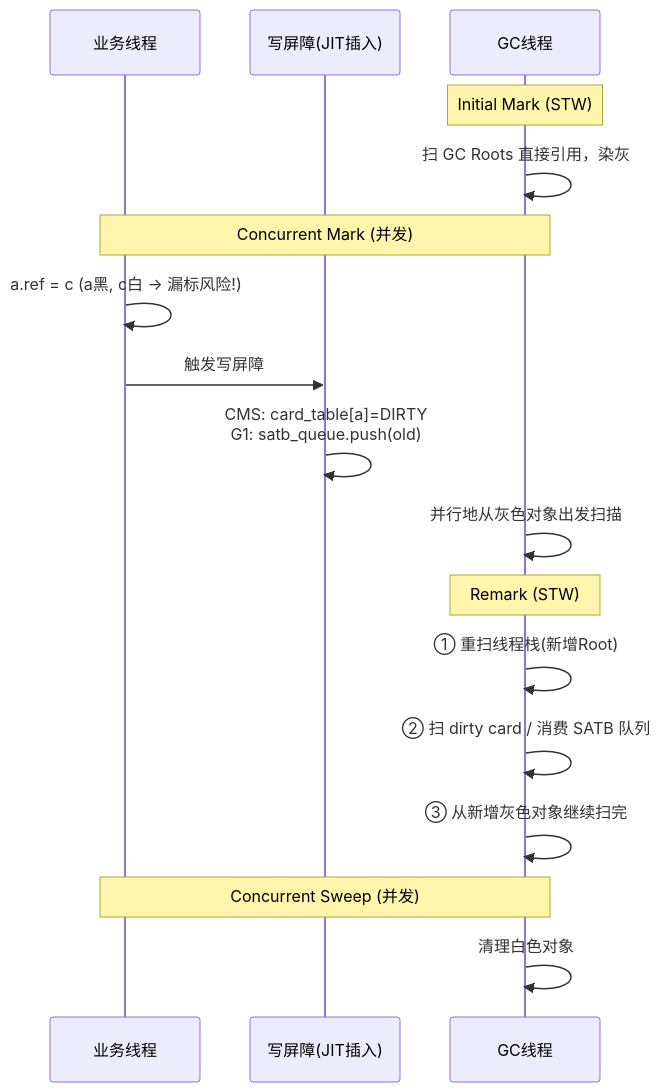
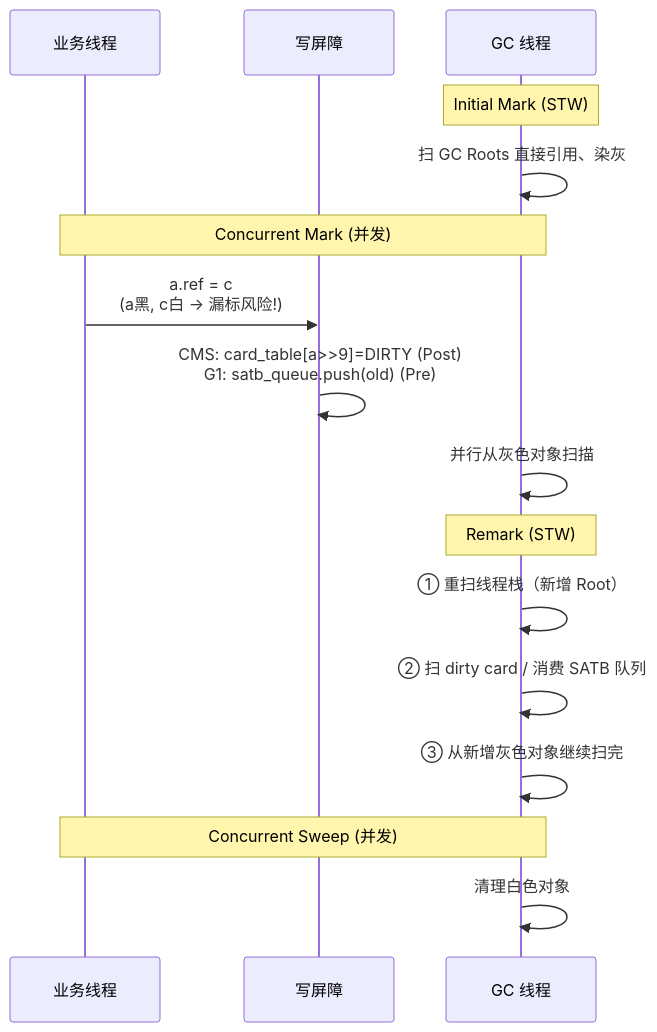
Before and after one commit to b1tzer/b1tzer.github.io: the second of 2 diagrams in docs/01-java-basic/18-GC核心机制与收集器演进.md, drawn with Mermaid. The commit also changed other lines of this file and 23 other files, not shown here.

````diff
--- a/docs/01-java-basic/18-GC核心机制与收集器演进.md
+++ b/docs/01-java-basic/18-GC核心机制与收集器演进.md
@@ -180,23 +301,22 @@
-    ```mermaid
-    sequenceDiagram
-        participant App as 业务线程
-        participant Barrier as 写屏障(JIT插入)
-        participant GC as GC线程
+```mermaid
+sequenceDiagram
+    participant Biz as 业务线程
+    participant Barrier as 写屏障
+    participant GC as GC 线程
 
-        Note over GC: Initial Mark (STW)
-        GC->>GC: 扫 GC Roots 直接引用，染灰
+    Note over GC: Initial Mark (STW)
+    GC->>GC: 扫 GC Roots 直接引用、染灰
 
-        Note over App,GC: Concurrent Mark (并发)
-        App->>App: a.ref = c   (a黑, c白 → 漏标风险!)
-        App->>Barrier: 触发写屏障
-        Barrier->>Barrier: CMS: card_table[a]=DIRTY<br/>G1: satb_queue.push(old)
-        GC->>GC: 并行地从灰色对象出发扫描
+    Note over Biz,GC: Concurrent Mark (并发)
+    Biz->>Barrier: a.ref = c<br>(a黑, c白 → 漏标风险!)
+    Barrier->>Barrier: CMS: card_table[a>>9]=DIRTY (Post)<br>G1: satb_queue.push(old) (Pre)
+    GC->>GC: 并行从灰色对象扫描
 
-        Note over GC: Remark (STW)
-        GC->>GC: ① 重扫线程栈(新增Root)
-        GC->>GC: ② 扫 dirty card / 消费 SATB 队列
-        GC->>GC: ③ 从新增灰色对象继续扫完
+    Note over GC: Remark (STW)
+    GC->>GC: ① 重扫线程栈（新增 Root）
+    GC->>GC: ② 扫 dirty card / 消费 SATB 队列
+    GC->>GC: ③ 从新增灰色对象继续扫完
 
-        Note over App,GC: Concurrent Sweep (并发)
-        GC->>GC: 清理白色对象
-    ```
+    Note over Biz,GC: Concurrent Sweep (并发)
+    GC->>GC: 清理白色对象
+```
````
